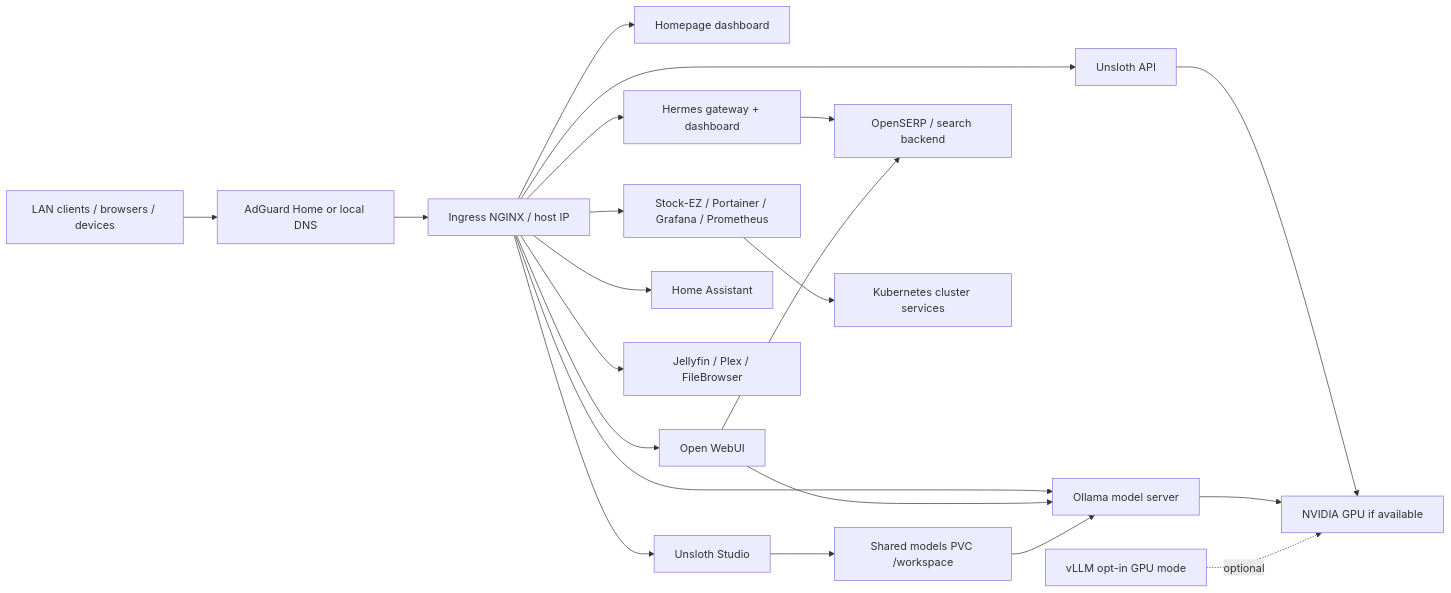
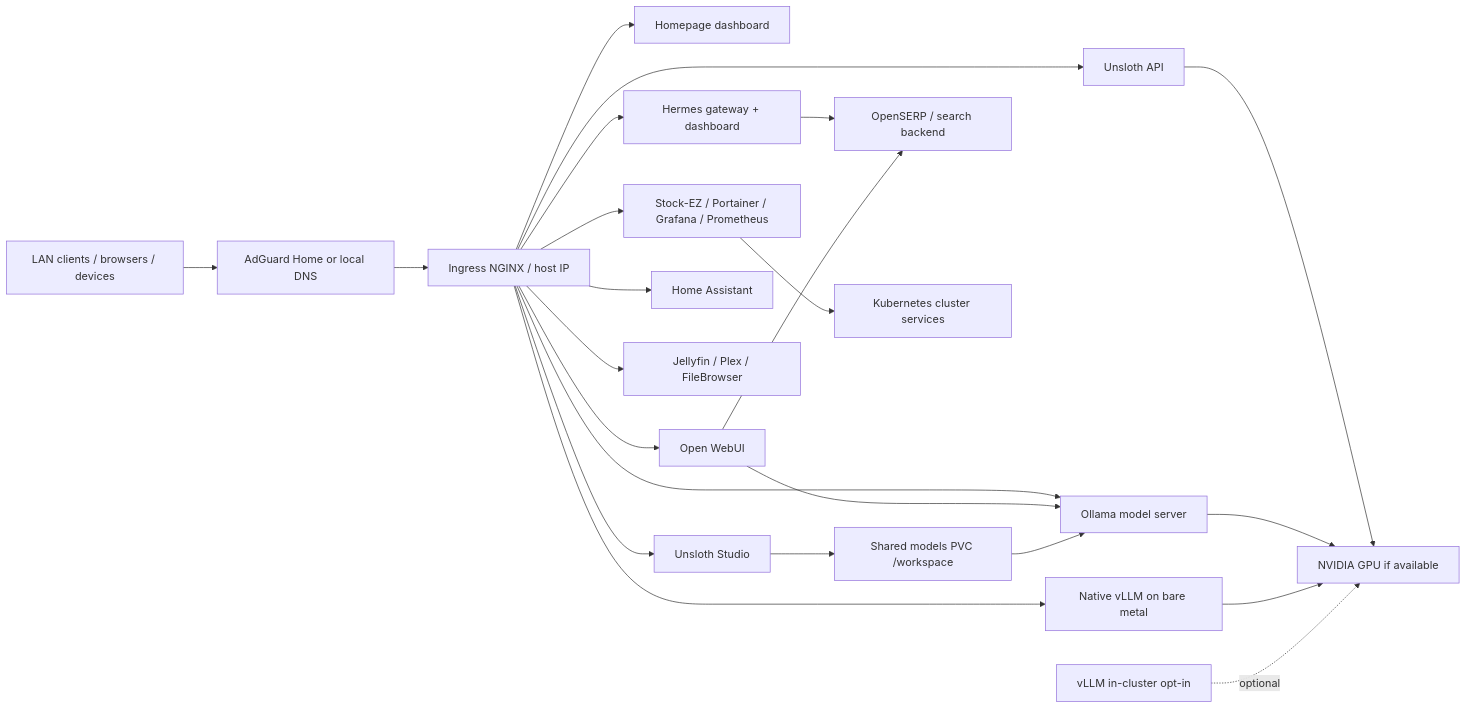
Before and after one commit to SushritPasupuleti/homelab: the diagram in README.md, drawn with Mermaid. The commit also changed other lines of this file and 29 other files, not shown here.

````diff
--- a/README.md
+++ b/README.md
@@ -7,24 +7,26 @@
 ```mermaid
 flowchart LR
     User[LAN clients / browsers / devices] --> DNS[AdGuard Home or local DNS]
     DNS --> Ingress[Ingress NGINX / host IP]
     Ingress --> Dashboard[Homepage dashboard]
     Ingress --> WebUI[Open WebUI]
     Ingress --> UnslothAPI[Unsloth API]
     Ingress --> UnslothStudio[Unsloth Studio]
     Ingress --> Ollama[Ollama model server]
     Ingress --> Hermes[Hermes gateway + dashboard]
     Ingress --> HA[Home Assistant]
     Ingress --> Media[Jellyfin / Plex / FileBrowser]
     Ingress --> Apps[Stock-EZ / Portainer / Grafana / Prometheus]
+    Ingress --> NativeVLLM[Native vLLM on bare metal]
 
     WebUI --> Ollama
     UnslothStudio --> SharedModel[Shared models PVC /workspace]
     SharedModel --> Ollama
     Hermes --> OpenSERP[OpenSERP / search backend]
     WebUI --> OpenSERP
     UnslothAPI --> GPU[NVIDIA GPU if available]
     Ollama --> GPU
-    vLLM[vLLM opt-in GPU mode] -. optional .-> GPU
+    NativeVLLM --> GPU
+    vLLM[vLLM in-cluster opt-in] -. optional .-> GPU
     Apps --> K8s[Kubernetes cluster services]
 ```
````
